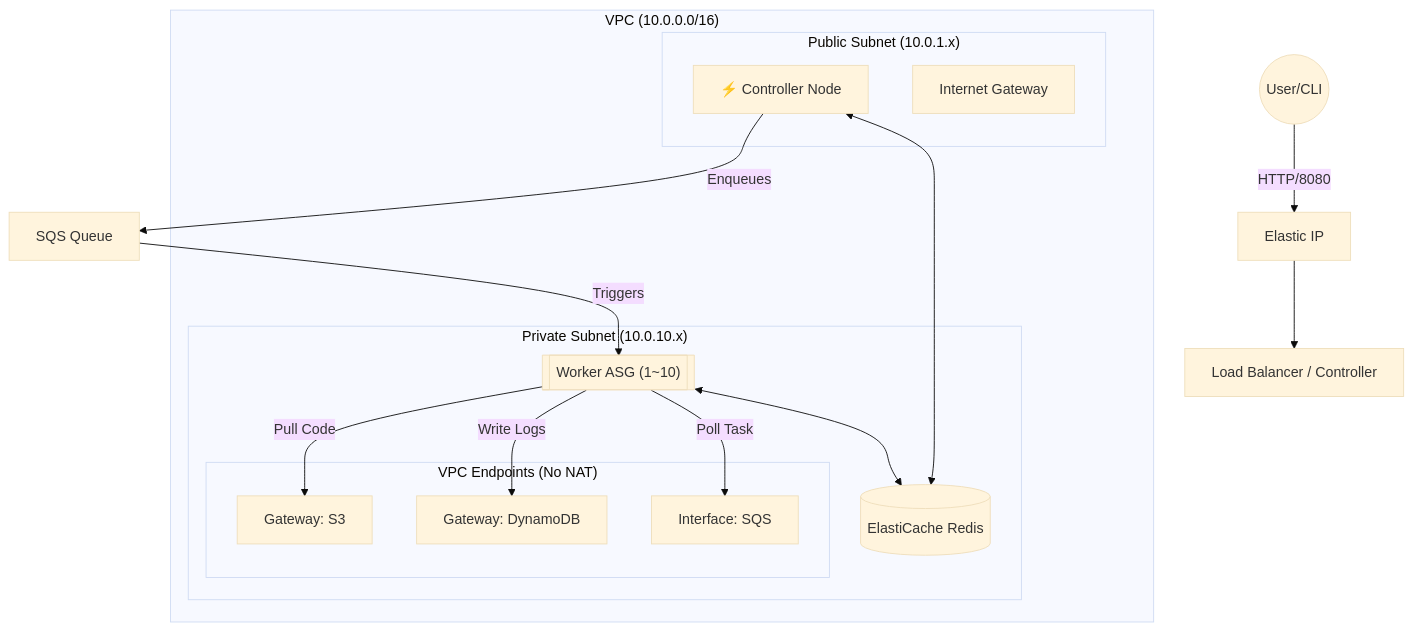
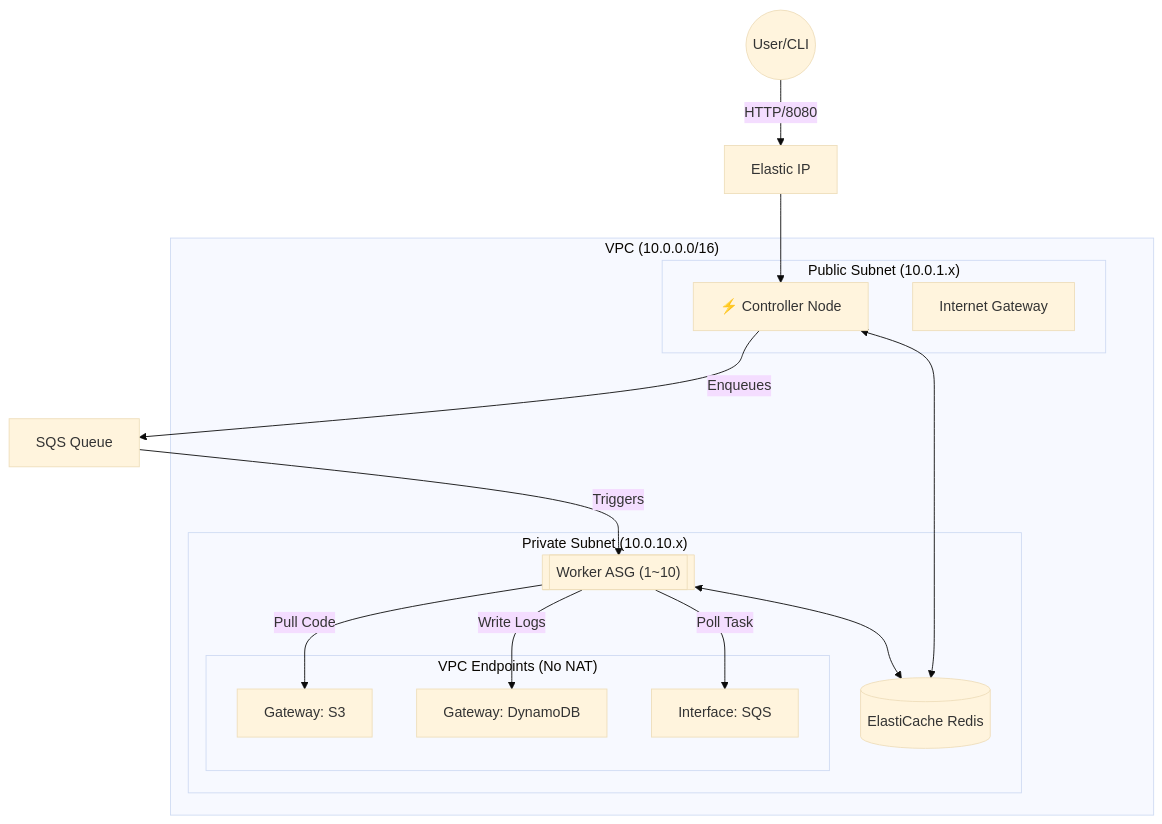
One commit to sangmu1126/FaaS-Platform changed the diagram in Infra-terraform/README.md. Above: the diagram before and after it, drawn with Mermaid (base theme). The commit also changed 4 other files, not shown here.

Commit message:
align architecture diagrams with Zero ALB strategy

````diff
--- a/Infra-terraform/README.md
+++ b/Infra-terraform/README.md
@@ -31,33 +31,33 @@
 ```mermaid
 graph TD
     User((User/CLI)) -->|HTTP/8080| EIP[Elastic IP]
-    EIP --> ALB[Load Balancer / Controller]
+    EIP --> Controller[⚡ Controller Node]
     
     subgraph "VPC (10.0.0.0/16)"
         subgraph "Public Subnet (10.0.1.x)"
             Controller[⚡ Controller Node]
             IGW[Internet Gateway]
         end
 
         subgraph "Private Subnet (10.0.10.x)"
             WorkerGroup[["Worker ASG (1~10)"]]
             Redis[(ElastiCache Redis)]
             
             subgraph "VPC Endpoints (No NAT)"
                 VPCE_S3[Gateway: S3]
                 VPCE_DDB[Gateway: DynamoDB]
                 VPCE_SQS[Interface: SQS]
             end
         end
     end
     
     Controller -- "Enqueues" --> SQS_Q[SQS Queue]
     SQS_Q -- "Triggers" --> WorkerGroup
     
     WorkerGroup -- "Pull Code" --> VPCE_S3
     WorkerGroup -- "Write Logs" --> VPCE_DDB
     WorkerGroup -- "Poll Task" --> VPCE_SQS
     
     Controller <--> Redis
     WorkerGroup <--> Redis
 ```
````
